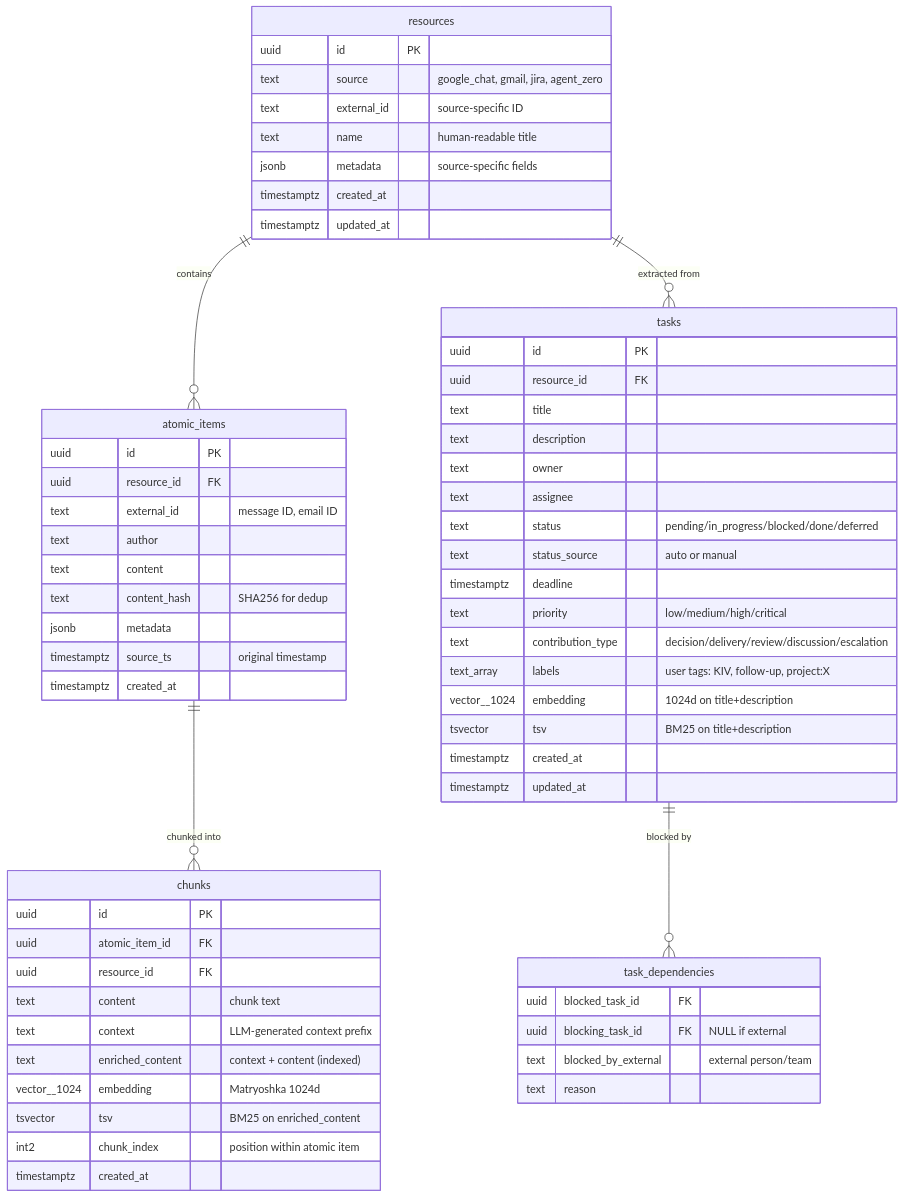
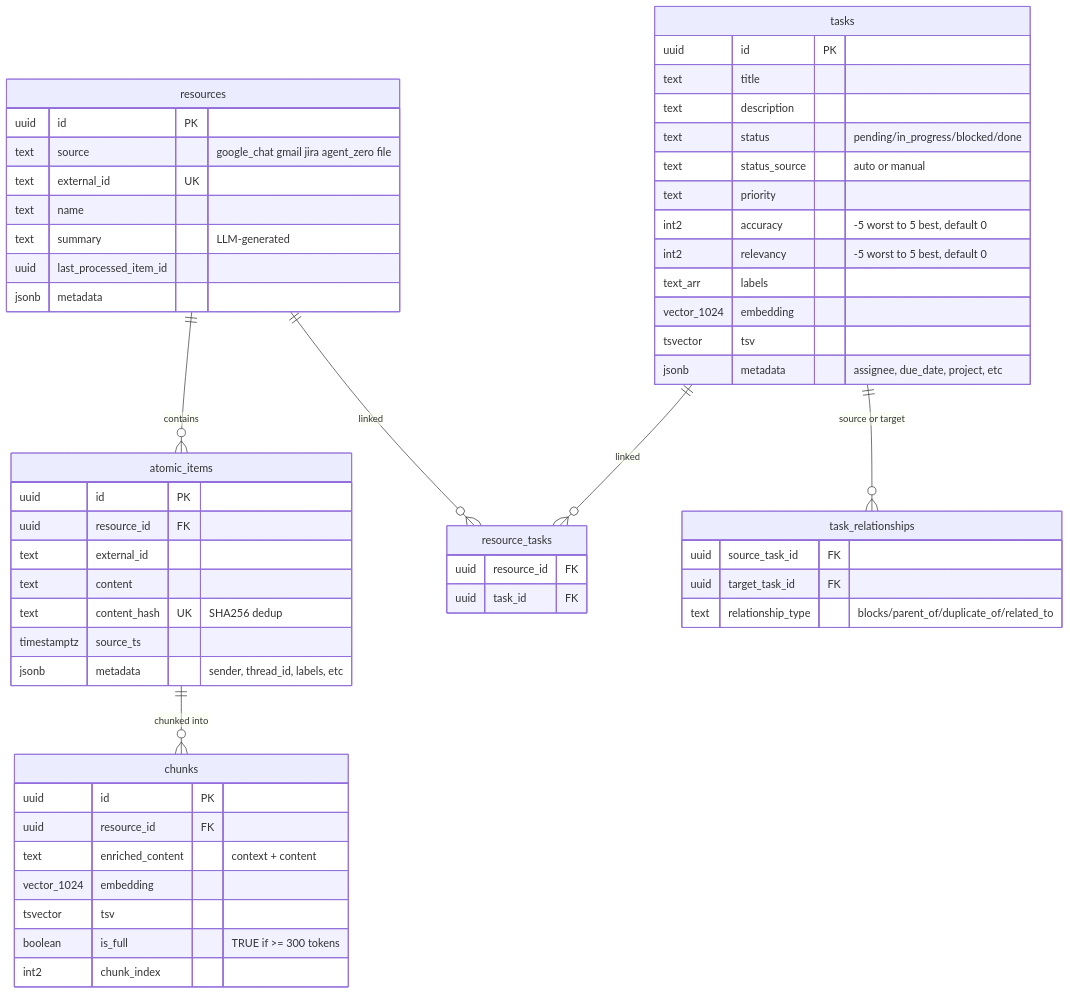
Before and after one commit to MichaelBui/AgentZero: the second of 3 diagrams in LifeLog.md, drawn with Mermaid. The commit also changed other lines of this file and 2 other files, not shown here.

````diff
--- a/LifeLog.md
+++ b/LifeLog.md
@@ -186,68 +42,59 @@
 ```mermaid
 erDiagram
     resources ||--o{ atomic_items : contains
-    resources ||--o{ tasks : "extracted from"
+    resources ||--o{ resource_tasks : linked
+    tasks ||--o{ resource_tasks : linked
+    tasks ||--o{ task_relationships : "source or target"
     atomic_items ||--o{ chunks : "chunked into"
-    tasks ||--o{ task_dependencies : "blocked by"
 
     resources {
         uuid id PK
-        text source "google_chat, gmail, jira, agent_zero"
-        text external_id "source-specific ID"
-        text name "human-readable title"
-        jsonb metadata "source-specific fields"
-        timestamptz created_at
-        timestamptz updated_at
+        text source "google_chat gmail jira agent_zero file"
+        text external_id UK
+        text name
+        text summary "LLM-generated"
+        uuid last_processed_item_id
+        jsonb metadata
     }
-
     atomic_items {
         uuid id PK
         uuid resource_id FK
-        text external_id "message ID, email ID"
-        text author
+        text external_id
         text content
-        text content_hash "SHA256 for dedup"
-        jsonb metadata
-        timestamptz source_ts "original timestamp"
-        timestamptz created_at
+        text content_hash UK "SHA256 dedup"
+        timestamptz source_ts
+        jsonb metadata "sender, thread_id, labels, etc"
     }
-
     chunks {
         uuid id PK
-        uuid atomic_item_id FK
         uuid resource_id FK
-        text content "chunk text"
-        text context "LLM-generated context prefix"
-        text enriched_content "context + content (indexed)"
-        vector__1024 embedding "Matryoshka 1024d"
-        tsvector tsv "BM25 on enriched_content"
-        int2 chunk_index "position within atomic item"
-        timestamptz created_at
+        text enriched_content "context + content"
+        vector_1024 embedding
+        tsvector tsv
+        boolean is_full "TRUE if >= 300 tokens"
+        int2 chunk_index
     }
-
     tasks {
         uuid id PK
-        uuid resource_id FK
         text title
         text description
-        text owner
-        text assignee
-        text status "pending/in_progress/blocked/done/deferred"
+        text status "pending/in_progress/blocked/done"
         text status_source "auto or manual"
-        timestamptz deadline
-        text priority "low/medium/high/critical"
-        text contribution_type "decision/delivery/review/discussion/escalation"
-        text_array labels "user tags: KIV, follow-up, project:X"
-        vector__1024 embedding "1024d on title+description"
-        tsvector tsv "BM25 on title+description"
-        timestamptz created_at
-        timestamptz updated_at
+        text priority
+        int2 accuracy "-5 worst to 5 best, default 0"
+        int2 relevancy "-5 worst to 5 best, default 0"
+        text_arr labels
+        vector_1024 embedding
+        tsvector tsv
+        jsonb metadata "assignee, due_date, project, etc"
     }
-
-    task_dependencies {
-        uuid blocked_task_id FK
-        uuid blocking_task_id FK "NULL if external"
-        text blocked_by_external "external person/team"
-        text reason
+    resource_tasks {
+        uuid resource_id FK
+        uuid task_id FK
+    }
+    task_relationships {
+        uuid source_task_id FK
+        uuid target_task_id FK
+        text relationship_type "blocks/parent_of/duplicate_of/related_to"
     }
 ```
````
